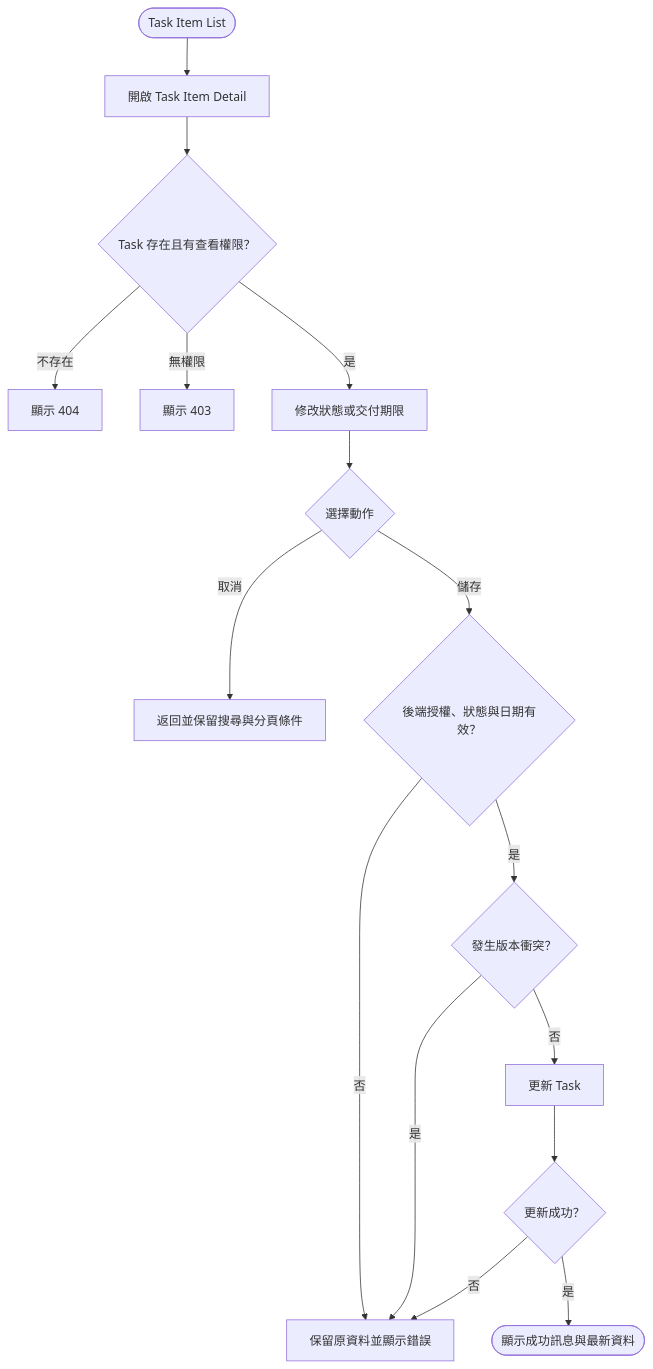
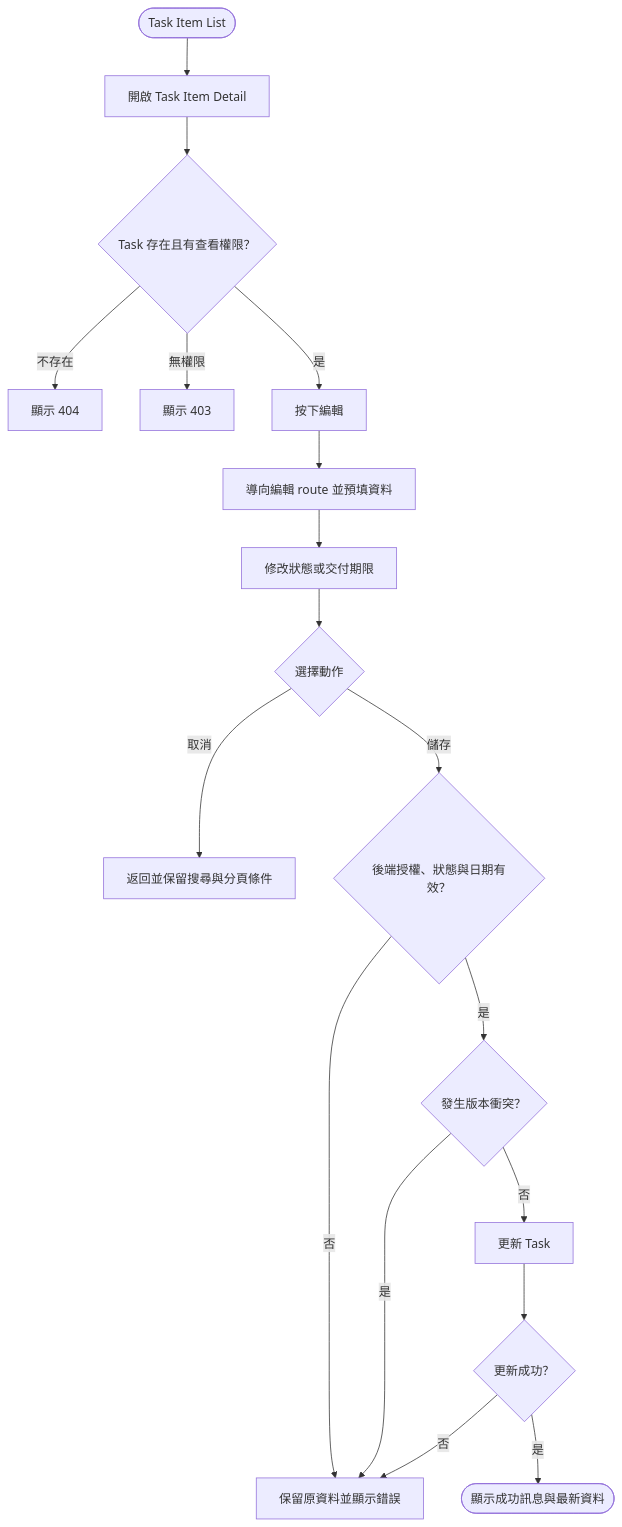
The diagram in Flowchart/從詳細頁修改 Task(前台使用者).md (JJDing-Louis/ProjectManagementWeb_Spec), drawn with Mermaid before and after one commit. The commit also changed other lines of this file and 11 other files, not shown here.

````diff
--- a/Flowchart/從詳細頁修改 Task(前台使用者).md
+++ b/Flowchart/從詳細頁修改 Task(前台使用者).md
@@ -3,18 +3,20 @@
 ```mermaid
 flowchart TB
     detailStart([Task Item List]) --> openTask[開啟 Task Item Detail]
     openTask --> taskAccessible{Task 存在且有查看權限？}
     taskAccessible -->|不存在| notFoundTask[顯示 404]
     taskAccessible -->|無權限| forbiddenTaskDetail[顯示 403]
-    taskAccessible -->|是| editAllowedFields[修改狀態或交付期限]
+    taskAccessible -->|是| clickEdit[按下編輯]
+    clickEdit --> openEditRoute[導向編輯 route 並預填資料]
+    openEditRoute --> editAllowedFields[修改狀態或交付期限]
     editAllowedFields --> submitDetail{選擇動作}
     submitDetail -->|取消| returnToList[返回並保留搜尋與分頁條件]
     submitDetail -->|儲存| validateDetail{後端授權、狀態與日期有效？}
     validateDetail -->|否| retainDetail[保留原資料並顯示錯誤]
     validateDetail -->|是| detailConflict{發生版本衝突？}
     detailConflict -->|是| retainDetail
     detailConflict -->|否| updateDetail[更新 Task]
     updateDetail --> detailSucceeded{更新成功？}
     detailSucceeded -->|否| retainDetail
     detailSucceeded -->|是| refreshDetail([顯示成功訊息與最新資料])
 ```
````
